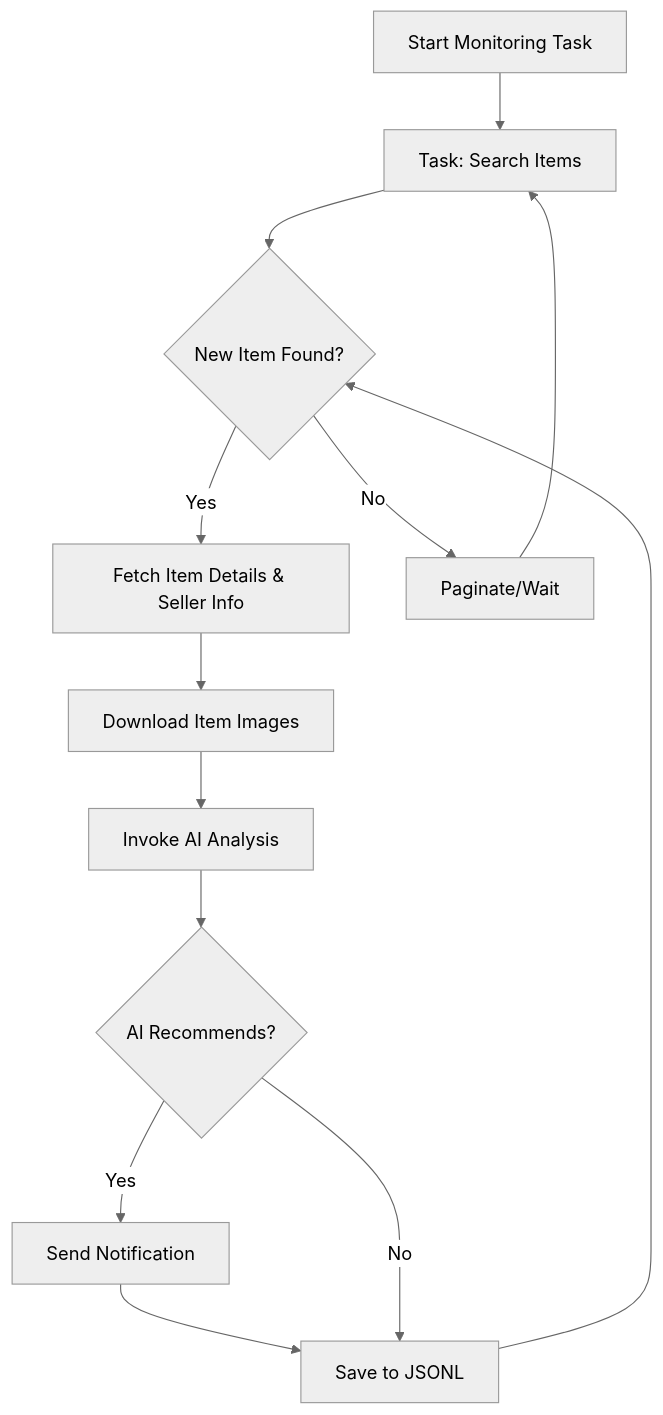
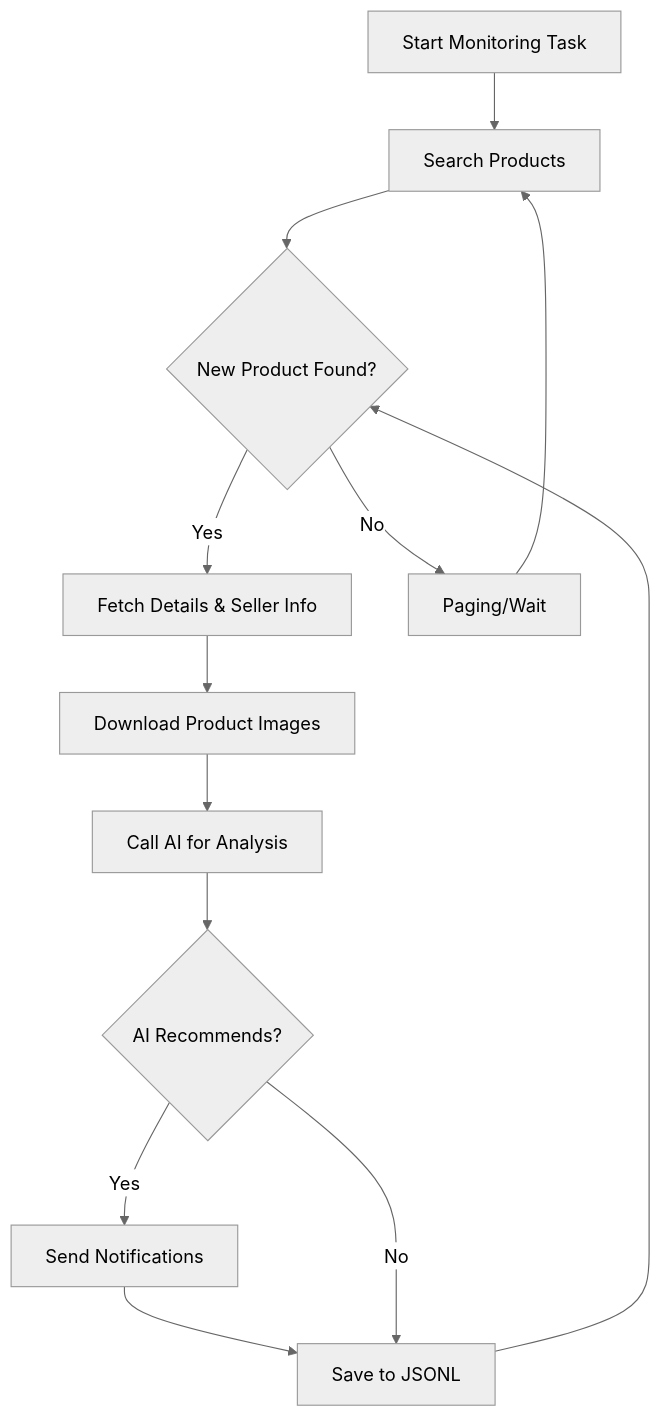
The diagram in docs/dingyufei615-ai-goofish-monitor.md (saurav-z/repo-docs), drawn with Mermaid (neutral theme) before and after one commit. The commit also changed other lines of this file and 216 other files, not shown here.

````diff
--- a/docs/dingyufei615-ai-goofish-monitor.md
+++ b/docs/dingyufei615-ai-goofish-monitor.md
@@ -218,15 +99,15 @@
 ```mermaid
 graph TD
-    A[Start Monitoring Task] --> B[Task: Search Items];
-    B --> C{New Item Found?};
-    C -- Yes --> D[Fetch Item Details & Seller Info];
-    D --> E[Download Item Images];
-    E --> F[Invoke AI Analysis];
+    A[Start Monitoring Task] --> B[Search Products];
+    B --> C{New Product Found?};
+    C -- Yes --> D[Fetch Details & Seller Info];
+    D --> E[Download Product Images];
+    E --> F[Call AI for Analysis];
     F --> G{AI Recommends?};
-    G -- Yes --> H[Send Notification];
+    G -- Yes --> H[Send Notifications];
     H --> I[Save to JSONL];
     G -- No --> I;
-    C -- No --> J[Paginate/Wait];
+    C -- No --> J[Paging/Wait];
     J --> B;
     I --> C;
 ```
````
